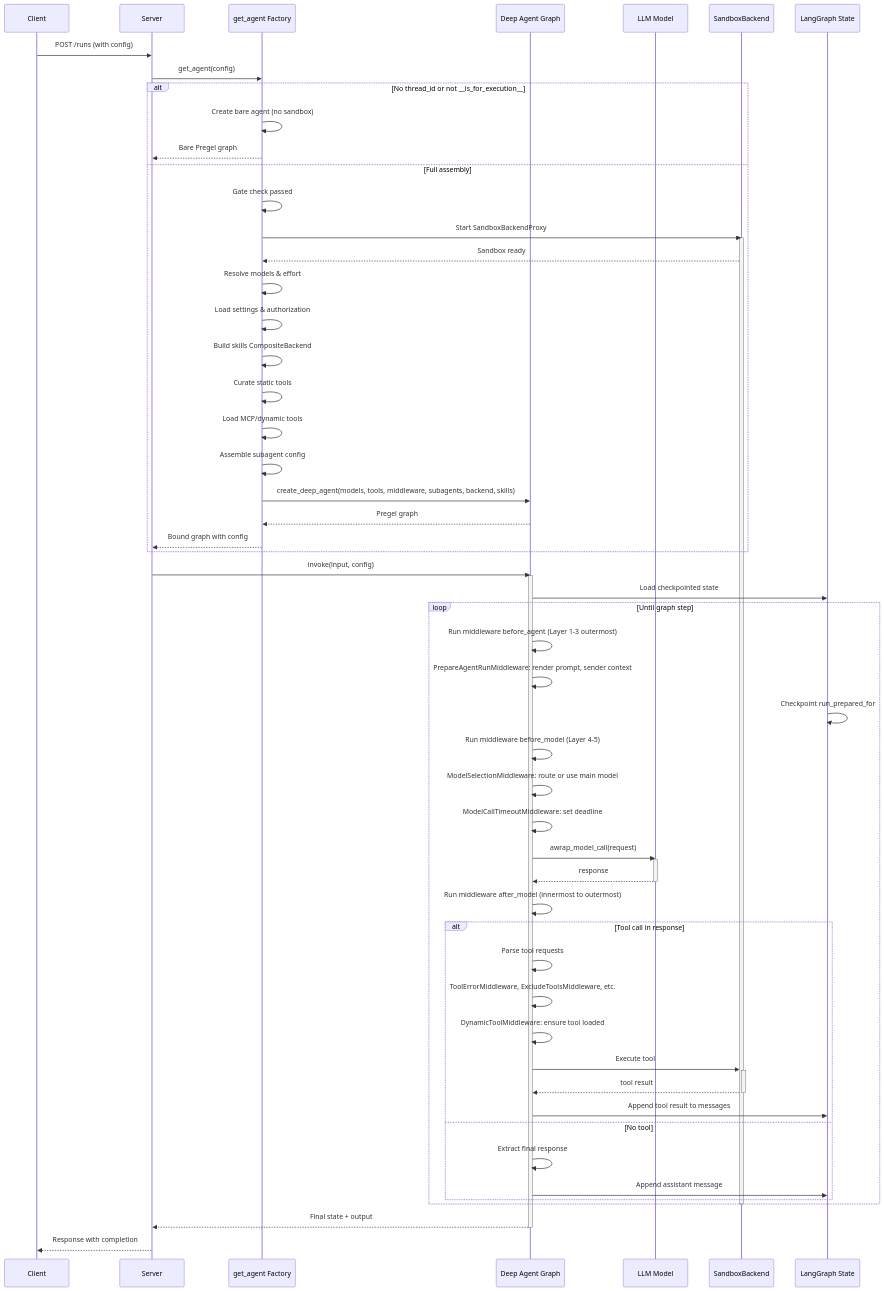
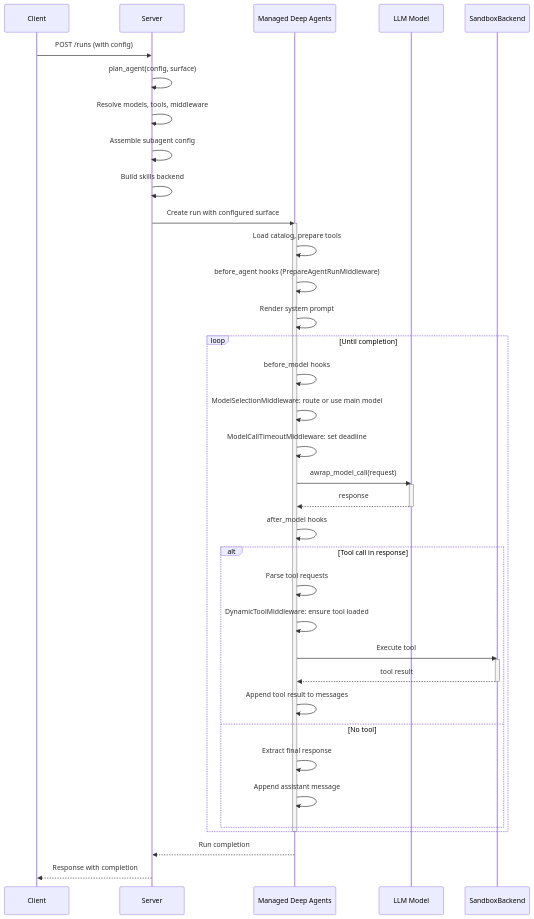
The diagram in openwiki/architecture/agent-graph.md (aeteq/open-swe), drawn with Mermaid before and after one commit. The commit also changed other lines of this file and 45 other files, not shown here.

````diff
--- a/openwiki/architecture/agent-graph.md
+++ b/openwiki/architecture/agent-graph.md
@@ -180,81 +163,54 @@
 ```mermaid
 sequenceDiagram
     participant Client
     participant Server
-    participant Factory as get_agent Factory
-    participant Graph as Deep Agent Graph
+    participant MDA as Managed Deep Agents
     participant Model as LLM Model
     participant Sandbox as SandboxBackend
-    participant State as LangGraph State
 
     Client->>Server: POST /runs (with config)
-    Server->>Factory: get_agent(config)
+    Server->>Server: plan_agent(config, surface)
     
-    alt No thread_id or not __is_for_execution__
-        Factory->>Factory: Create bare agent (no sandbox)
-        Factory-->>Server: Bare Pregel graph
-    else Full assembly
-        Factory->>Factory: Gate check passed
+    Server->>Server: Resolve models, tools, middleware
+    Server->>Server: Assemble subagent config
+    Server->>Server: Build skills backend
+    
+    Server->>MDA: Create run with configured surface
+    activate MDA
+    
+    MDA->>MDA: Load catalog, prepare tools
+    MDA->>MDA: before_agent hooks (PrepareAgentRunMiddleware)
+    MDA->>MDA: Render system prompt
+    
+    loop Until completion
+        MDA->>MDA: before_model hooks
+        MDA->>MDA: ModelSelectionMiddleware: route or use main model
+        MDA->>MDA: ModelCallTimeoutMiddleware: set deadline
         
-        Factory->>Sandbox: Start SandboxBackendProxy
-        activate Sandbox
-        Sandbox-->>Factory: Sandbox ready
-        
-        Factory->>Factory: Resolve models & effort
-        Factory->>Factory: Load settings & authorization
-        Factory->>Factory: Build skills CompositeBackend
-        Factory->>Factory: Curate static tools
-        Factory->>Factory: Load MCP/dynamic tools
-        Factory->>Factory: Assemble subagent config
-        
-        Factory->>Graph: create_deep_agent(models, tools, middleware, subagents, backend, skills)
-        Graph-->>Factory: Pregel graph
-        
-        Factory-->>Server: Bound graph with config
-    end
-    
-    Server->>Graph: invoke(input, config)
-    activate Graph
-    
-    Graph->>State: Load checkpointed state
-    
-    loop Until graph step
-        Graph->>Graph: Run middleware before_agent (Layer 1-3 outermost)
-        
-        Graph->>Graph: PrepareAgentRunMiddleware: render prompt, sender context
-        State->>State: Checkpoint run_prepared_for
-        
-        Graph->>Graph: Run middleware before_model (Layer 4-5)
-        Graph->>Graph: ModelSelectionMiddleware: route or use main model
-        Graph->>Graph: ModelCallTimeoutMiddleware: set deadline
-        
-        Graph->>Model: awrap_model_call(request)
+        MDA->>Model: awrap_model_call(request)
         activate Model
-        Model-->>Graph: response
+        Model-->>MDA: response
         deactivate Model
         
-        Graph->>Graph: Run middleware after_model (innermost to outermost)
+        MDA->>MDA: after_model hooks
         
         alt Tool call in response
-            Graph->>Graph: Parse tool requests
-            Graph->>Graph: ToolErrorMiddleware, ExcludeToolsMiddleware, etc.
-            Graph->>Graph: DynamicToolMiddleware: ensure tool loaded
+            MDA->>MDA: Parse tool requests
+            MDA->>MDA: DynamicToolMiddleware: ensure tool loaded
             
-            Graph->>Sandbox: Execute tool
+            MDA->>Sandbox: Execute tool
             activate Sandbox
-            Sandbox-->>Graph: tool result
+            Sandbox-->>MDA: tool result
             deactivate Sandbox
             
-            Graph->>State: Append tool result to messages
+            MDA->>MDA: Append tool result to messages
         else No tool
-            Graph->>Graph: Extract final response
-            Graph->>State: Append assistant message
+            MDA->>MDA: Extract final response
+            MDA->>MDA: Append assistant message
         end
     end
     
-    deactivate Sandbox
-    Graph-->>Server: Final state + output
-    deactivate Graph
-    
+    deactivate MDA
+    MDA-->>Server: Run completion
     Server-->>Client: Response with completion
 ```
````
